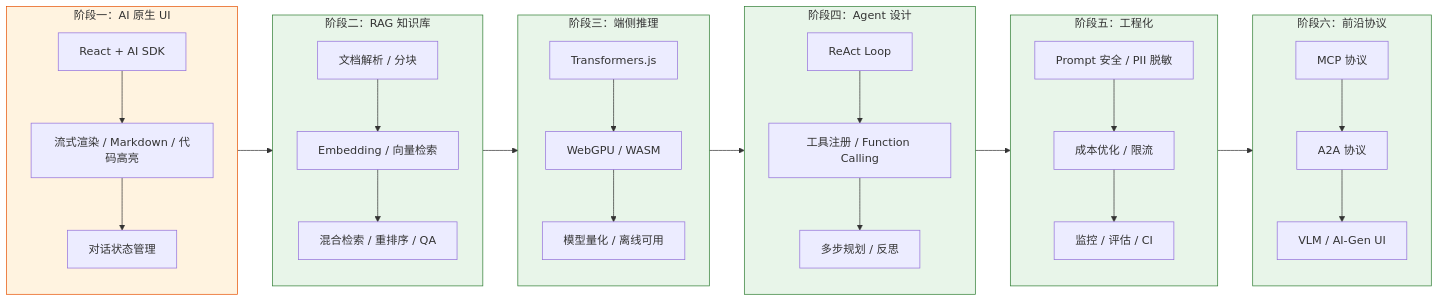
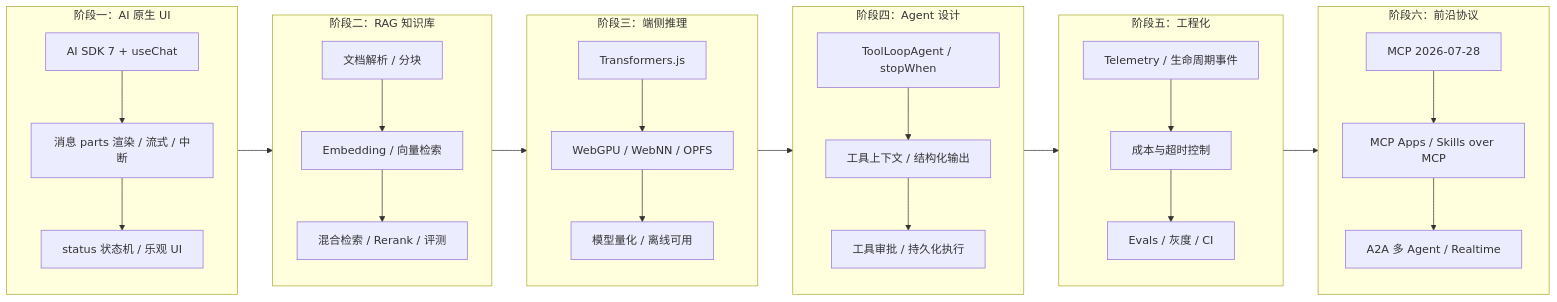
The diagram in docs/S5-AI/index.md (KMaybe01/interview-demo), drawn with Mermaid before and after one commit. The commit also changed other lines of this file and 2 other files, not shown here.

````diff
--- a/docs/S5-AI/index.md
+++ b/docs/S5-AI/index.md
@@ -24,39 +30,34 @@
 ```mermaid
 graph LR
     subgraph S1["阶段一：AI 原生 UI"]
-        A1[React + AI SDK] --> A2[流式渲染 / Markdown / 代码高亮]
-        A2 --> A3[对话状态管理]
+        A1[AI SDK 7 + useChat] --> A2[消息 parts 渲染 / 流式 / 中断]
+        A2 --> A3[status 状态机 / 乐观 UI]
     end
-    
+
     subgraph S2["阶段二：RAG 知识库"]
         B1[文档解析 / 分块] --> B2[Embedding / 向量检索]
-        B2 --> B3[混合检索 / 重排序 / QA]
+        B2 --> B3[混合检索 / Rerank / 评测]
     end
-    
+
     subgraph S3["阶段三：端侧推理"]
-        C1[Transformers.js] --> C2[WebGPU / WASM]
+        C1[Transformers.js] --> C2[WebGPU / WebNN / OPFS]
         C2 --> C3[模型量化 / 离线可用]
     end
-    
+
     subgraph S4["阶段四：Agent 设计"]
-        D1[ReAct Loop] --> D2[工具注册 / Function Calling]
-        D2 --> D3[多步规划 / 反思]
+        D1[ToolLoopAgent / stopWhen] --> D2[工具上下文 / 结构化输出]
+        D2 --> D3[工具审批 / 持久化执行]
     end
-    
+
     subgraph S5["阶段五：工程化"]
-        E1[Prompt 安全 / PII 脱敏] --> E2[成本优化 / 限流]
-        E2 --> E3[监控 / 评估 / CI]
+        E1[Telemetry / 生命周期事件] --> E2[成本与超时控制]
+        E2 --> E3[Evals / 灰度 / CI]
     end
-    
+
     subgraph S6["阶段六：前沿协议"]
-        F1[MCP 协议] --> F2[A2A 协议]
-        F2 --> F3[VLM / AI-Gen UI]
+        F1[MCP 2026-07-28] --> F2[MCP Apps / Skills over MCP]
+        F2 --> F3[A2A 多 Agent / Realtime]
     end
-    
+
     S1 --> S2 --> S3 --> S4 --> S5 --> S6
-    
-    classDef done fill:#e8f5e9,stroke:#2e7d32;
-    classDef current fill:#fff3e0,stroke:#e65100;
-    class S1 current;
-    class S2,S3,S4,S5,S6 done;
 ```
````
